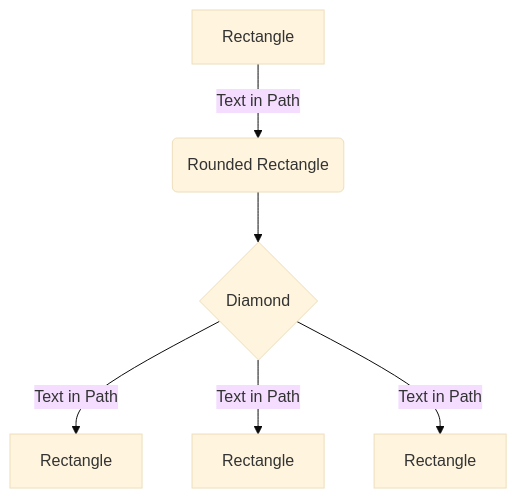
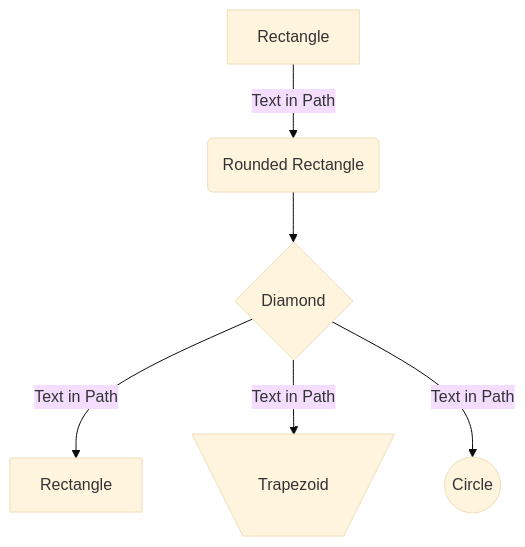
One commit to PastranaDigital/mermaid-presentation changed the diagram in notes.md. Above: the diagram before and after it, drawn with Mermaid (base theme). The commit also changed other lines of this file and 14 other files, not shown here.

````diff
--- a/notes.md
+++ b/notes.md
@@ -61,13 +59,13 @@
 ```mermaid
 graph TD
 
     Name_of_A[Rectangle] -->|Text in Path| Name_of_B(Rounded Rectangle)
 
     Name_of_B --> Name_of_C{Diamond}
 
     Name_of_C -->|Text in Path| Name_of_D[Rectangle]
 
-    Name_of_C -->|Text in Path| Name_of_E[Rectangle]
+    Name_of_C -->|Text in Path| Name_of_E[\<br>Trapezoid<br><br>/]
 
-    Name_of_C -->|Text in Path| Name_of_F[Rectangle]
+    Name_of_C -->|Text in Path| Name_of_F((Circle))
 ```
````
